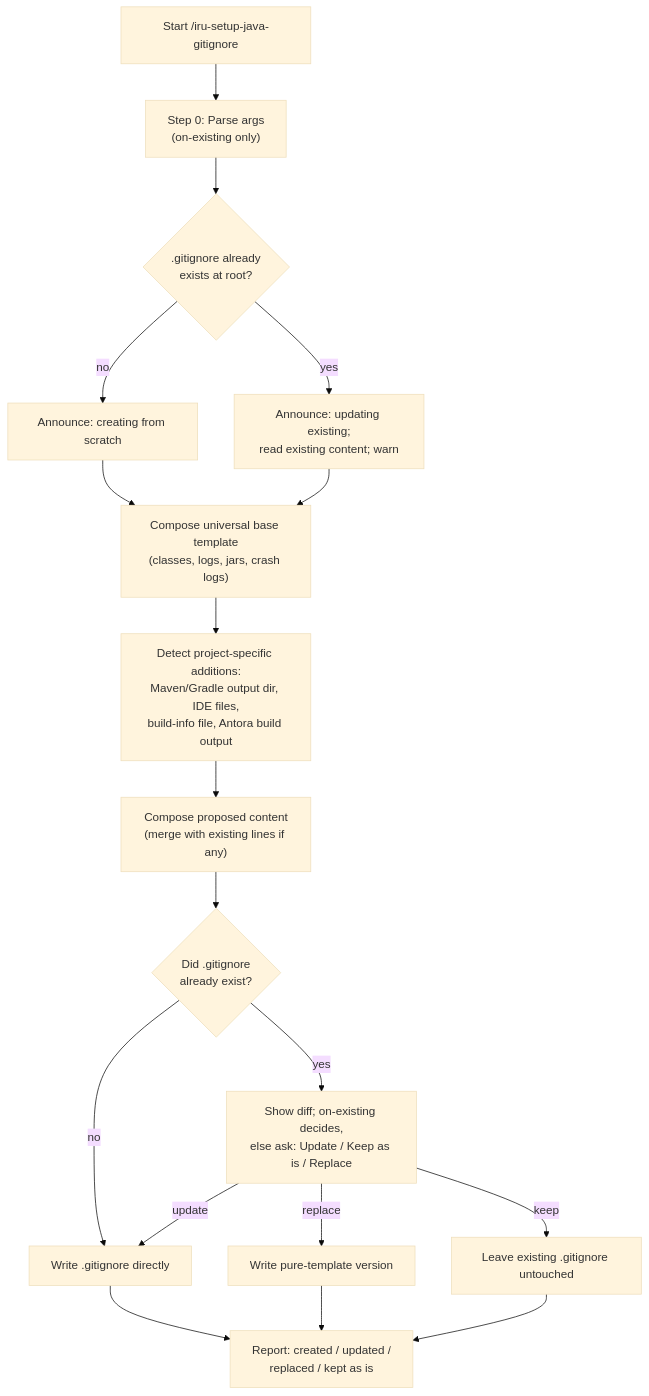
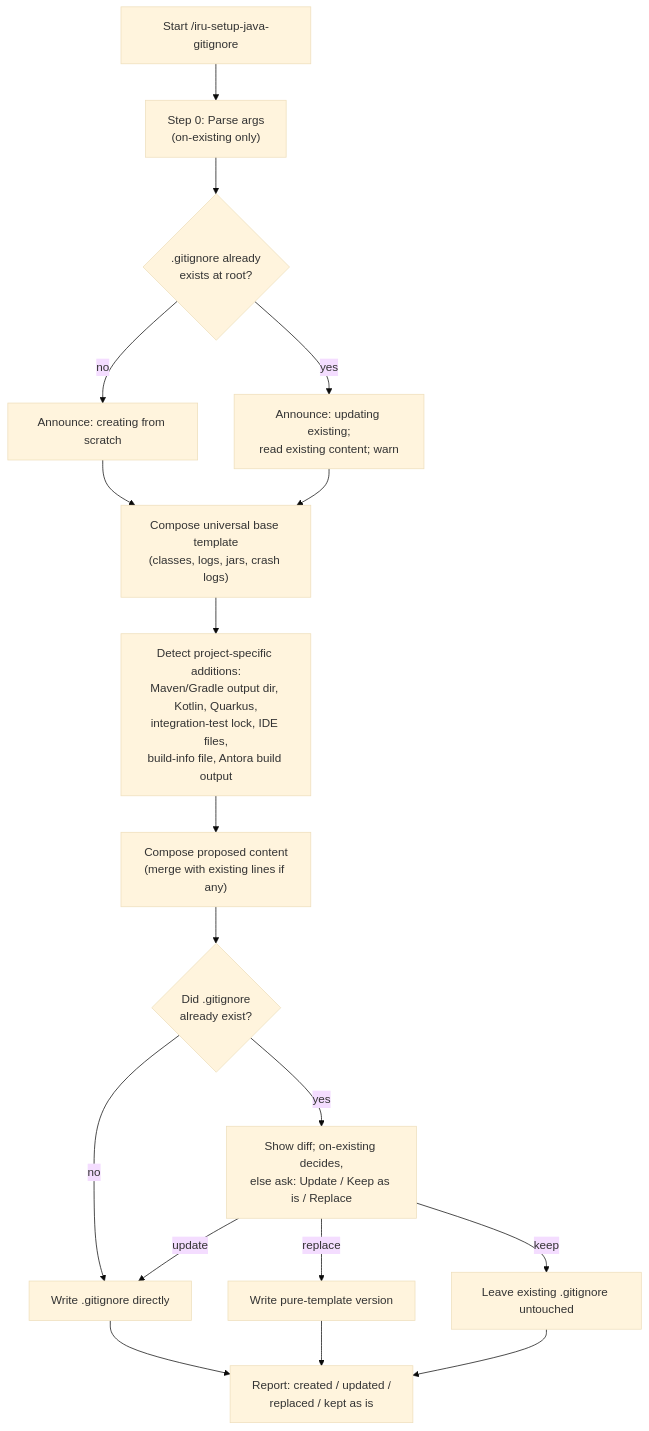
The diagram in docs/modules/ROOT/pages/skills/iru-setup-java-gitignore.adoc (albertoirurueta/ai-catalog), drawn with Mermaid (base theme) before and after one commit. The commit also changed other lines of this file and 234 other files, not shown here.

First line of the commit message:
Support Kotlin Spring Boot, Quarkus, PHP, NestJS and Next.js (#19)

```diff
--- a/docs/modules/ROOT/pages/skills/iru-setup-java-gitignore.adoc
+++ b/docs/modules/ROOT/pages/skills/iru-setup-java-gitignore.adoc
@@ -72,21 +76,21 @@
 [mermaid]
 ....
 flowchart TD
     A[Start /iru-setup-java-gitignore] --> A0["Step 0: Parse args\n(on-existing only)"]
     A0 --> B{".gitignore already\nexists at root?"}
     B -- no --> B1["Announce: creating from scratch"]
     B -- yes --> D["Announce: updating existing;\nread existing content; warn"]
     B1 --> C
     D --> C["Compose universal base template\n(classes, logs, jars, crash logs)"]
-    C --> E["Detect project-specific additions:\nMaven/Gradle output dir, IDE files,\nbuild-info file, Antora build output"]
+    C --> E["Detect project-specific additions:\nMaven/Gradle output dir, Kotlin, Quarkus,\nintegration-test lock, IDE files,\nbuild-info file, Antora build output"]
     E --> F["Compose proposed content\n(merge with existing lines if any)"]
     F --> G{"Did .gitignore\nalready exist?"}
     G -- no --> H["Write .gitignore directly"]
     G -- yes --> I["Show diff; on-existing decides,\nelse ask: Update / Keep as is / Replace"]
     I -- update --> H
     I -- replace --> H2["Write pure-template version"]
     I -- keep --> J["Leave existing .gitignore untouched"]
     H --> K["Report: created / updated /\nreplaced / kept as is"]
     H2 --> K
     J --> K
 ....
```
